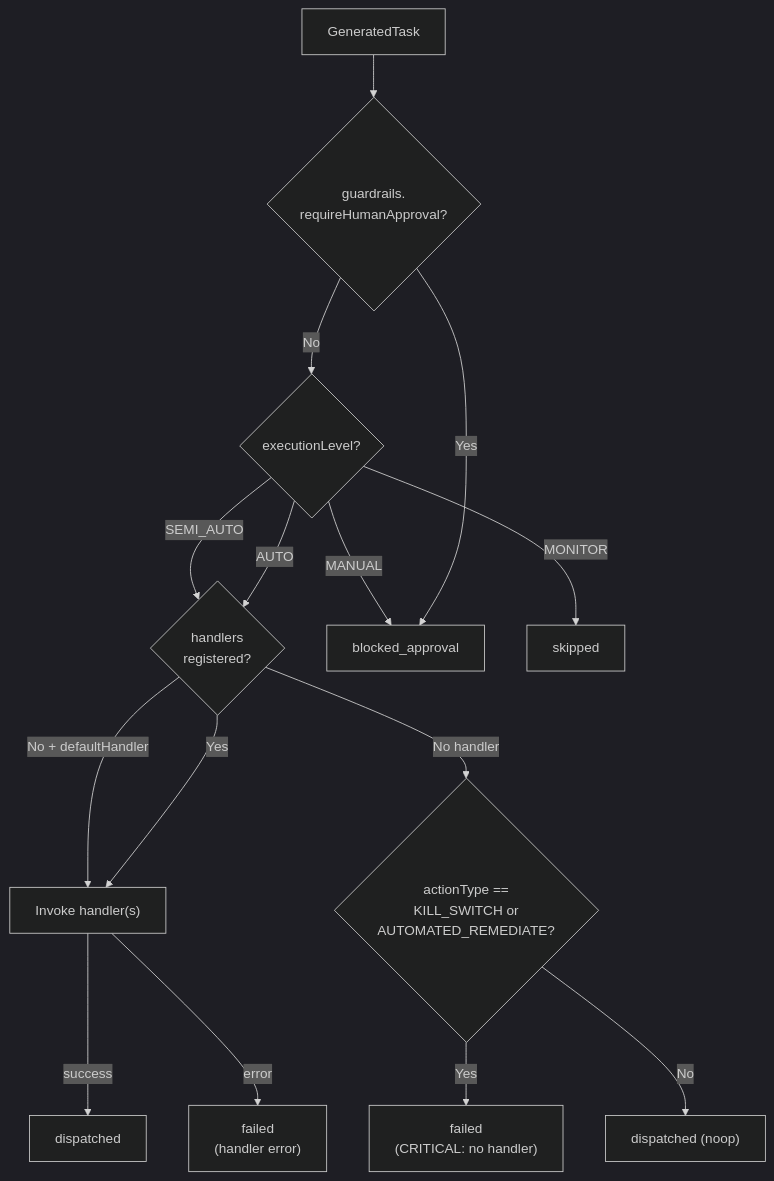
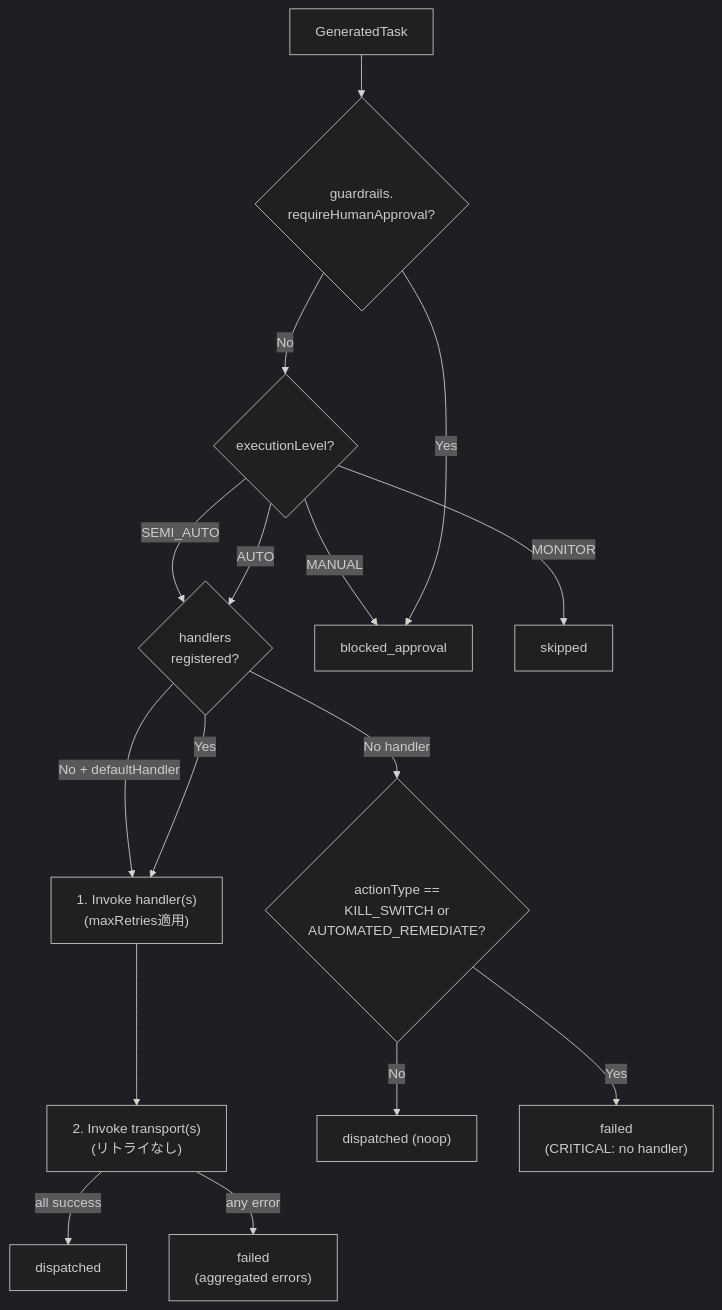
One commit to schro-cat-dev/sentinel changed the sixth of 8 diagrams in docs/architecture-diagrams.md. Above: the diagram before and after it, drawn with Mermaid (dark theme). The commit also changed 17 other files, not shown here.

````diff
--- a/docs/architecture-diagrams.md
+++ b/docs/architecture-diagrams.md
@@ -302,32 +302,34 @@
 ```mermaid
 flowchart TD
     TASK["GeneratedTask"]
 
     CHK1{"guardrails.<br/>requireHumanApproval?"}
     CHK2{"executionLevel?"}
     CHK3{"handlers<br/>registered?"}
     CHK4{"actionType ==<br/>KILL_SWITCH or<br/>AUTOMATED_REMEDIATE?"}
 
     BLOCKED["blocked_approval"]
     SKIPPED["skipped"]
-    DISPATCH["Invoke handler(s)"]
+    HANDLERS["1. Invoke handler(s)<br/>(maxRetries適用)"]
+    TRANSPORTS["2. Invoke transport(s)<br/>(リトライなし)"]
     NOOP["dispatched (noop)"]
     FAIL["failed<br/>(CRITICAL: no handler)"]
     OK["dispatched"]
-    ERR["failed<br/>(handler error)"]
+    ERR["failed<br/>(aggregated errors)"]
 
     TASK --> CHK1
     CHK1 -->|Yes| BLOCKED
     CHK1 -->|No| CHK2
     CHK2 -->|AUTO| CHK3
     CHK2 -->|SEMI_AUTO| CHK3
     CHK2 -->|MANUAL| BLOCKED
     CHK2 -->|MONITOR| SKIPPED
-    CHK3 -->|Yes| DISPATCH
-    CHK3 -->|No + defaultHandler| DISPATCH
+    CHK3 -->|Yes| HANDLERS
+    CHK3 -->|No + defaultHandler| HANDLERS
     CHK3 -->|No handler| CHK4
     CHK4 -->|Yes| FAIL
     CHK4 -->|No| NOOP
-    DISPATCH -->|success| OK
-    DISPATCH -->|error| ERR
+    HANDLERS --> TRANSPORTS
+    TRANSPORTS -->|all success| OK
+    TRANSPORTS -->|any error| ERR
 ```
````
